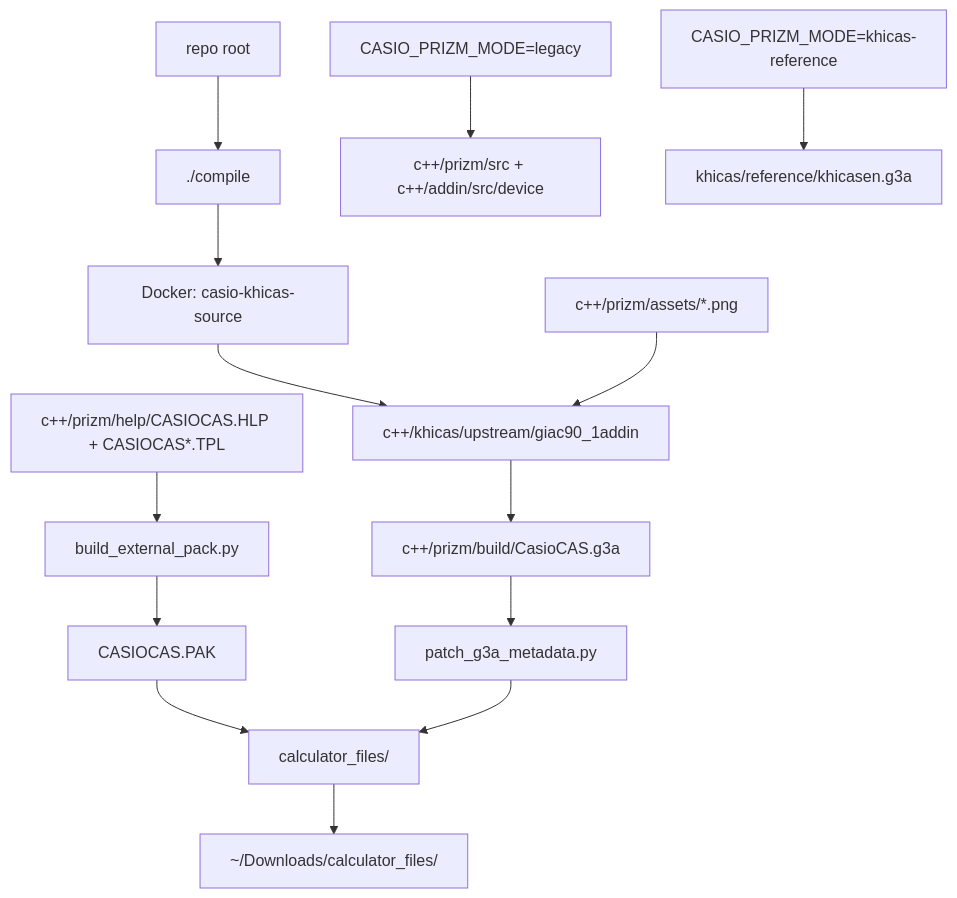
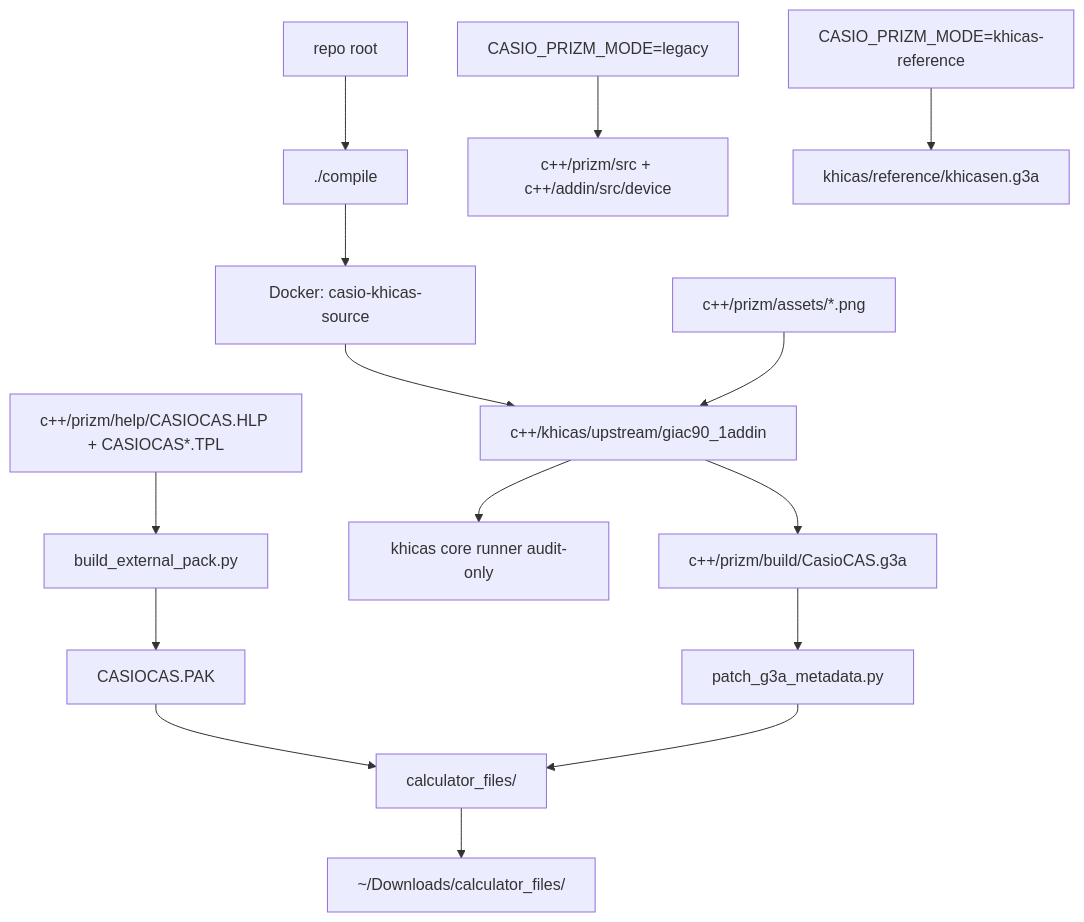
The first of 10 diagrams in c++/GRAPH.md (james8464/notes-addin-casio-fx-cg50), drawn with Mermaid before and after one commit. The commit also changed other lines of this file and 5 other files, not shown here.

Commit message:
Add source-built KhiCAS audit runner

````diff
--- a/c++/GRAPH.md
+++ b/c++/GRAPH.md
@@ -8,17 +8,18 @@
 ```mermaid
 graph TD
   Root["repo root"] --> Compile["./compile"]
   Compile --> Docker["Docker: casio-khicas-source"]
   Docker --> Src["c++/khicas/upstream/giac90_1addin"]
   Src --> G3A["c++/prizm/build/CasioCAS.g3a"]
+  Src --> CoreRunner["khicas core runner audit-only"]
   Assets["c++/prizm/assets/*.png"] --> Src
   HelpSrc["c++/prizm/help/CASIOCAS.HLP + CASIOCAS*.TPL"] --> Pack["build_external_pack.py"]
   Pack --> PAK["CASIOCAS.PAK"]
   G3A --> Patch["patch_g3a_metadata.py"]
   PAK --> Transfer
   Patch --> Transfer["calculator_files/"]
   Transfer --> DL["~/Downloads/calculator_files/"]
 
   Legacy["CASIO_PRIZM_MODE=legacy"] --> Prizm["c++/prizm/src + c++/addin/src/device"]
   Ref["CASIO_PRIZM_MODE=khicas-reference"] --> UpG3A["khicas/reference/khicasen.g3a"]
 ```
````
